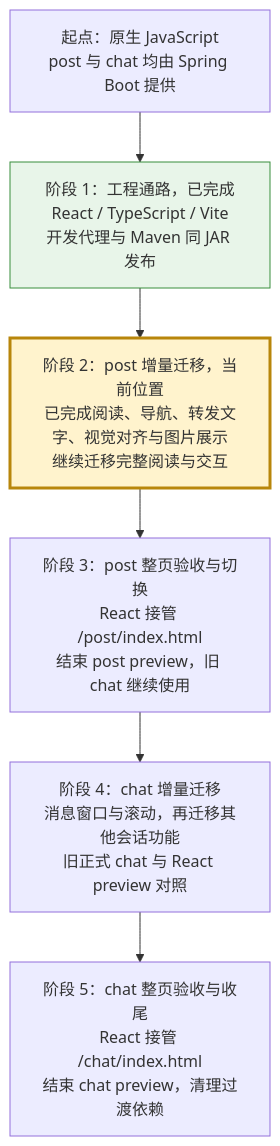
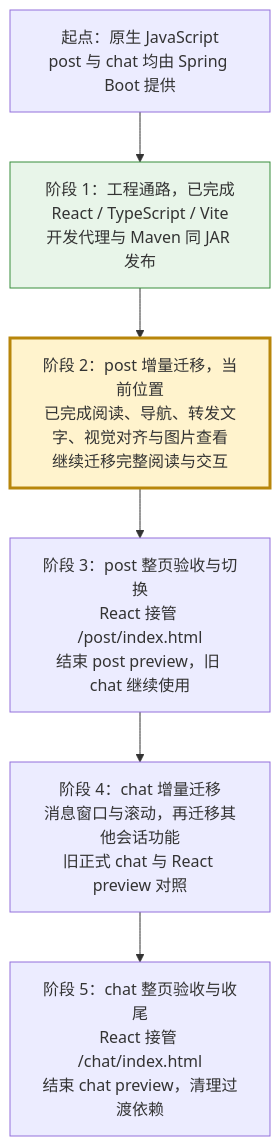
One commit to findxyz/vb-weibo-plus changed the diagram in .scratch/react-migration/PLAN.md. Above: the diagram before and after it, drawn with Mermaid. The commit also changed other lines of this file and 1 other file, not shown here.

````diff
--- a/.scratch/react-migration/PLAN.md
+++ b/.scratch/react-migration/PLAN.md
@@ -11,14 +11,14 @@
 ```mermaid
 flowchart TD
     A["起点：原生 JavaScript<br/>post 与 chat 均由 Spring Boot 提供"]
     B["阶段 1：工程通路，已完成<br/>React / TypeScript / Vite<br/>开发代理与 Maven 同 JAR 发布"]
-    C["阶段 2：post 增量迁移，当前位置<br/>已完成阅读、导航、转发文字、视觉对齐与图片展示<br/>继续迁移完整阅读与交互"]
+    C["阶段 2：post 增量迁移，当前位置<br/>已完成阅读、导航、转发文字、视觉对齐与图片查看<br/>继续迁移完整阅读与交互"]
     D["阶段 3：post 整页验收与切换<br/>React 接管 /post/index.html<br/>结束 post preview，旧 chat 继续使用"]
     E["阶段 4：chat 增量迁移<br/>消息窗口与滚动，再迁移其他会话功能<br/>旧正式 chat 与 React preview 对照"]
     F["阶段 5：chat 整页验收与收尾<br/>React 接管 /chat/index.html<br/>结束 chat preview，清理过渡依赖"]
     A --> B --> C --> D --> E --> F
     classDef complete fill:#e8f5e9,stroke:#388e3c
     classDef current fill:#fff3cd,stroke:#b8860b,stroke-width:3px
     class B complete
     class C current
 ```
````
